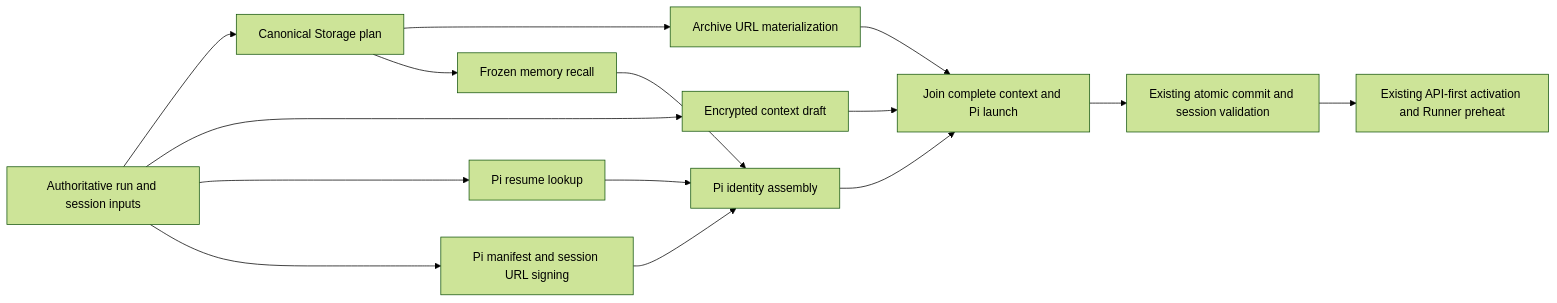
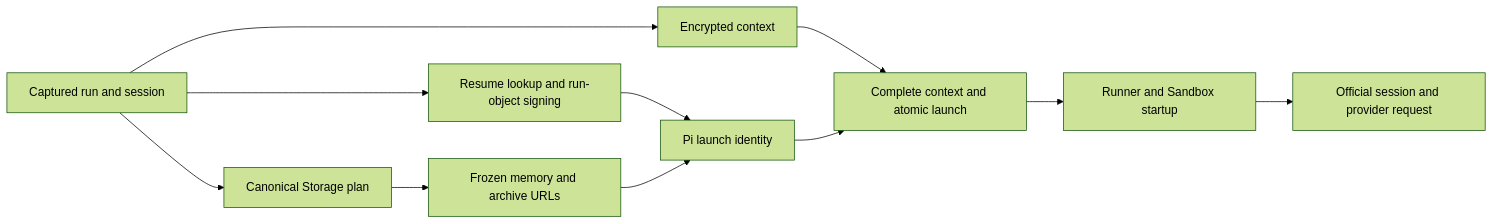
The diagram in docs/pi-preparation-timing.md (okou-ai/okou), drawn with Mermaid (forest theme) before and after one commit. The commit also changed other lines of this file and 72 other files, not shown here.

Commit message:
refactor(pi): retire the API-first runtime and contracts

````diff
--- a/docs/pi-preparation-timing.md
+++ b/docs/pi-preparation-timing.md
@@ -119,17 +53,13 @@
 ```mermaid
 flowchart LR
-  A[Authoritative run and session inputs] --> B[Canonical Storage plan]
-  A --> C[Encrypted context draft]
-  A --> D[Pi resume lookup]
-  A --> E[Pi manifest and session URL signing]
-  B --> F[Archive URL materialization]
-  B --> G[Frozen memory recall]
-  D --> H[Pi identity assembly]
-  E --> H
-  G --> H
-  F --> I[Join complete context and Pi launch]
-  C --> I
-  H --> I
-  I --> J[Existing atomic commit and session validation]
-  J --> K[Existing API-first activation and Runner preheat]
+  A[Captured run and session] --> B[Canonical Storage plan]
+  A --> C[Encrypted context]
+  A --> D[Resume lookup and run-object signing]
+  B --> E[Frozen memory and archive URLs]
+  D --> F[Pi launch identity]
+  E --> F
+  C --> G[Complete context and atomic launch]
+  F --> G
+  G --> H[Runner and Sandbox startup]
+  H --> I[Official session and provider request]
 ```
````
